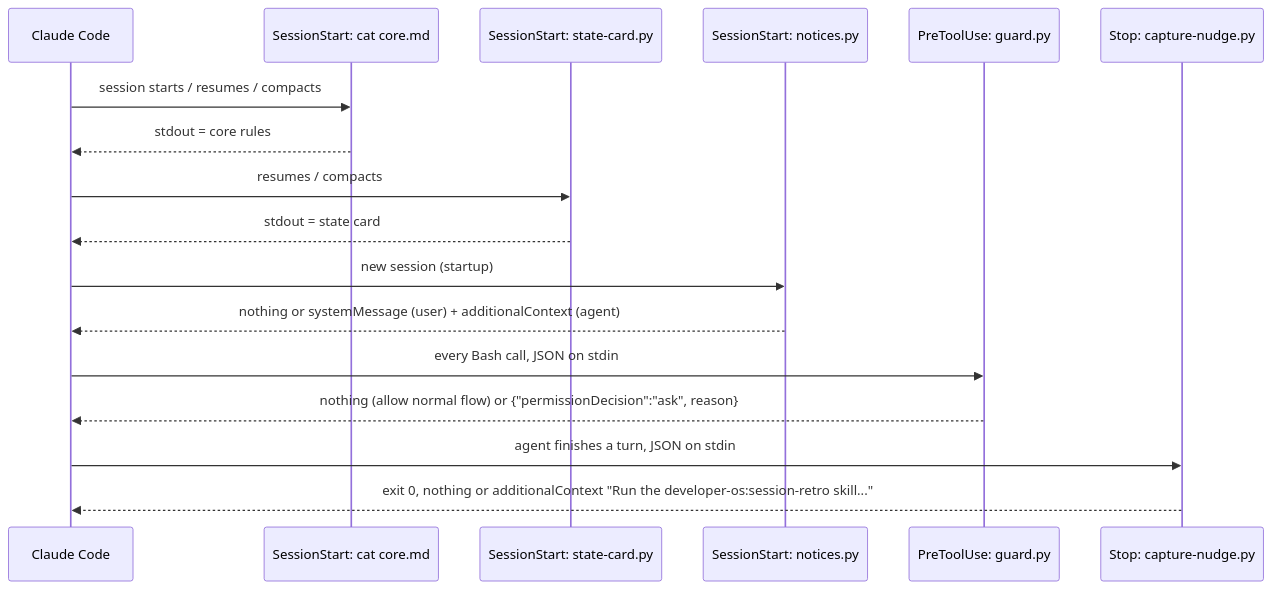
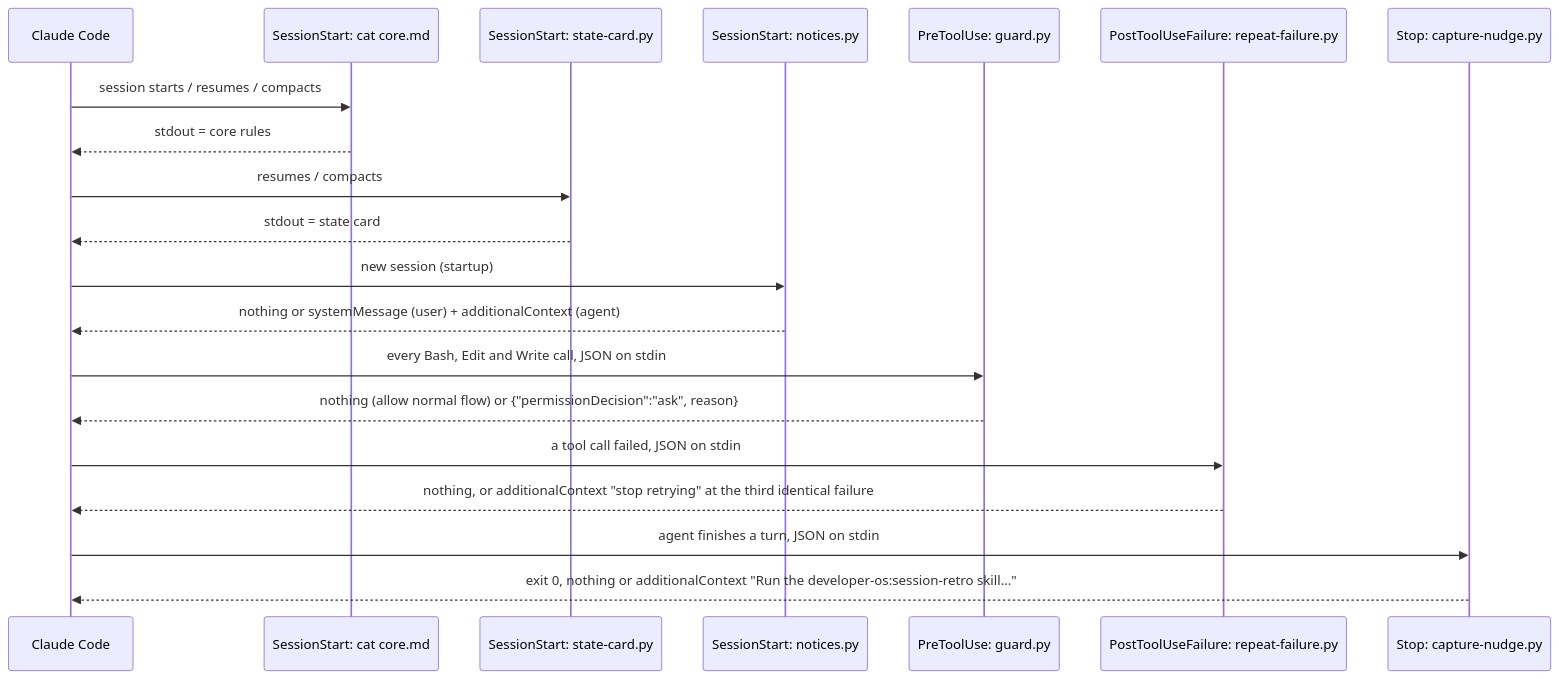
The first of 2 diagrams in docs/architecture/overview.md (msolecki/developer-os), drawn with Mermaid before and after one commit. The commit also changed other lines of this file and 51 other files, not shown here.

````diff
--- a/docs/architecture/overview.md
+++ b/docs/architecture/overview.md
@@ -60,19 +61,22 @@
 ```mermaid
 sequenceDiagram
   participant CC as Claude Code
   participant R as SessionStart: cat core.md
   participant SS as SessionStart: state-card.py
   participant NO as SessionStart: notices.py
   participant G as PreToolUse: guard.py
+  participant F as PostToolUseFailure: repeat-failure.py
   participant N as Stop: capture-nudge.py
   CC->>R: session starts / resumes / compacts
   R-->>CC: stdout = core rules
   CC->>SS: resumes / compacts
   SS-->>CC: stdout = state card
   CC->>NO: new session (startup)
   NO-->>CC: nothing or systemMessage (user) + additionalContext (agent)
-  CC->>G: every Bash call, JSON on stdin
+  CC->>G: every Bash, Edit and Write call, JSON on stdin
   G-->>CC: nothing (allow normal flow) or {"permissionDecision":"ask", reason}
+  CC->>F: a tool call failed, JSON on stdin
+  F-->>CC: nothing, or additionalContext "stop retrying" at the third identical failure
   CC->>N: agent finishes a turn, JSON on stdin
   N-->>CC: exit 0, nothing or additionalContext "Run the developer-os:session-retro skill..."
 ```
````
